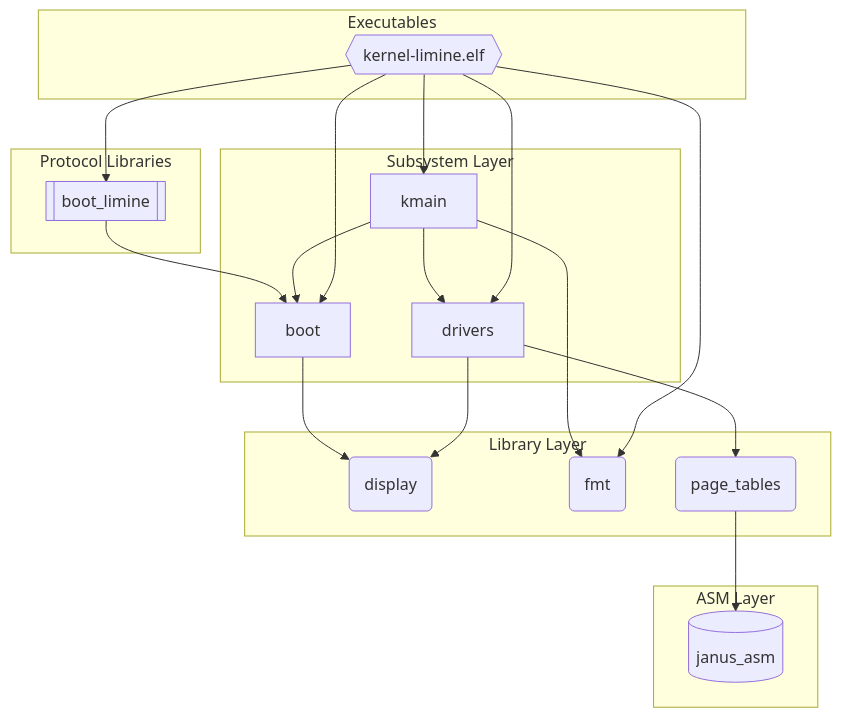
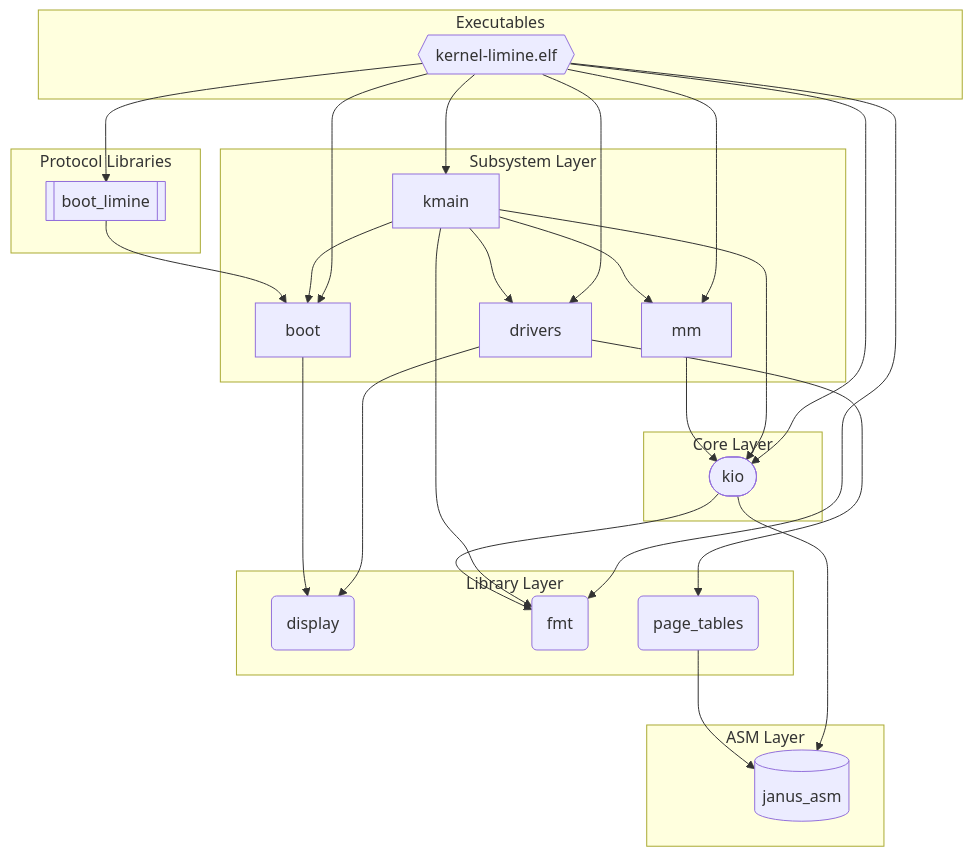
The diagram in docs/src/generated/deps-aarch64.md (FrederikTobner/JANUS), drawn with Mermaid before and after one commit. The commit also changed 61 other files, not shown here.

````diff
--- a/docs/src/generated/deps-aarch64.md
+++ b/docs/src/generated/deps-aarch64.md
@@ -3,35 +3,46 @@
 ```mermaid
 graph TD
   subgraph lib_layer["Library Layer"]
     display("display")
     fmt("fmt")
     page_tables("page_tables")
   end
+  subgraph core_layer["Core Layer"]
+    kio(["kio"])
+  end
   subgraph subsys_layer["Subsystem Layer"]
     boot["boot"]
     drivers["drivers"]
+    mm["mm"]
     kmain["kmain"]
   end
   subgraph proto_layer["Protocol Libraries"]
     boot_limine[["boot_limine"]]
   end
   subgraph exec_layer["Executables"]
     kernel_limine_elf{{"kernel-limine.elf"}}
   end
   subgraph asm_layer["ASM Layer"]
     janus_asm[("janus_asm")]
   end
   page_tables --> janus_asm
+  kio --> fmt
+  kio --> janus_asm
   boot --> display
   boot_limine --> boot
   drivers --> display
   drivers --> page_tables
+  mm --> kio
   kmain --> drivers
   kmain --> boot
   kmain --> fmt
+  kmain --> kio
+  kmain --> mm
   kernel_limine_elf --> drivers
   kernel_limine_elf --> boot
   kernel_limine_elf --> fmt
   kernel_limine_elf --> boot_limine
+  kernel_limine_elf --> kio
+  kernel_limine_elf --> mm
   kernel_limine_elf --> kmain
 ```
````
